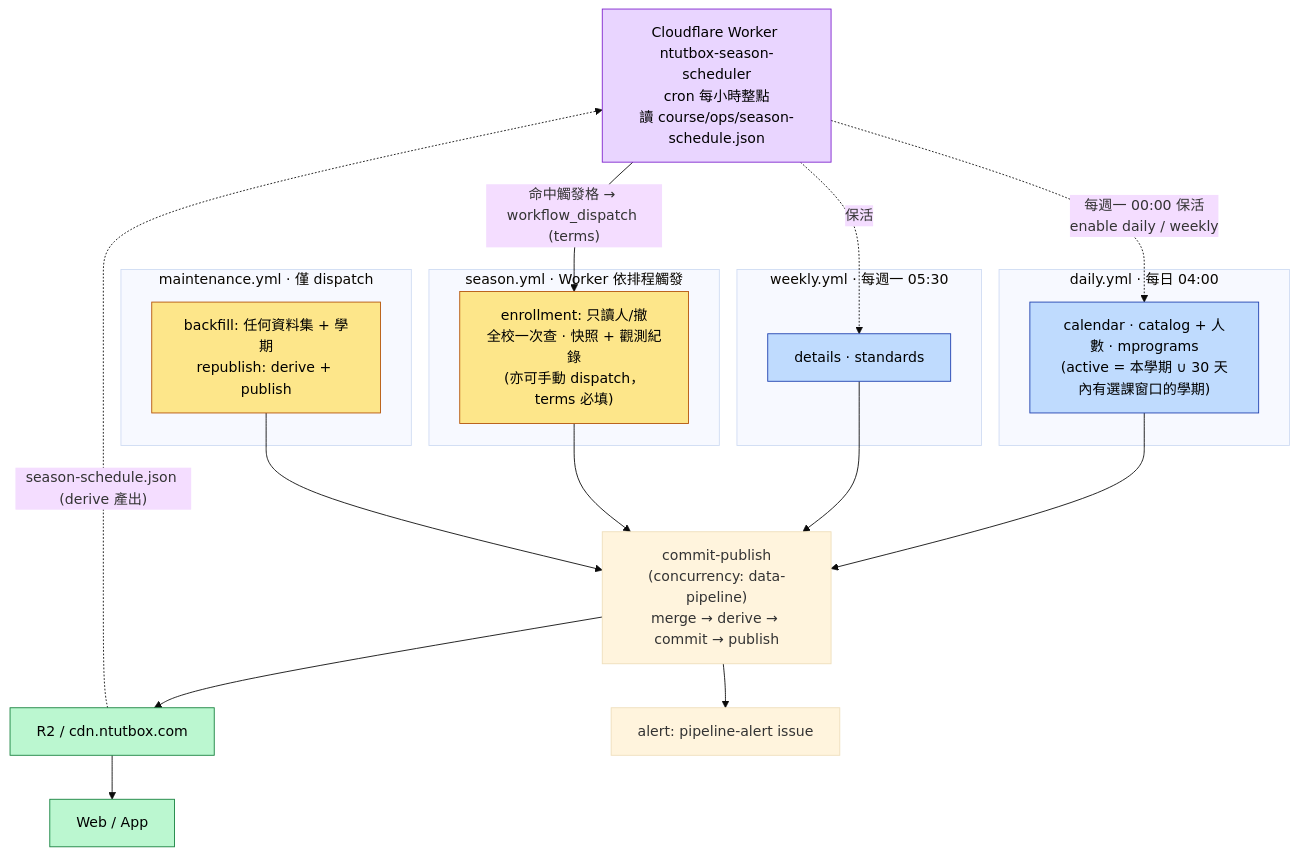
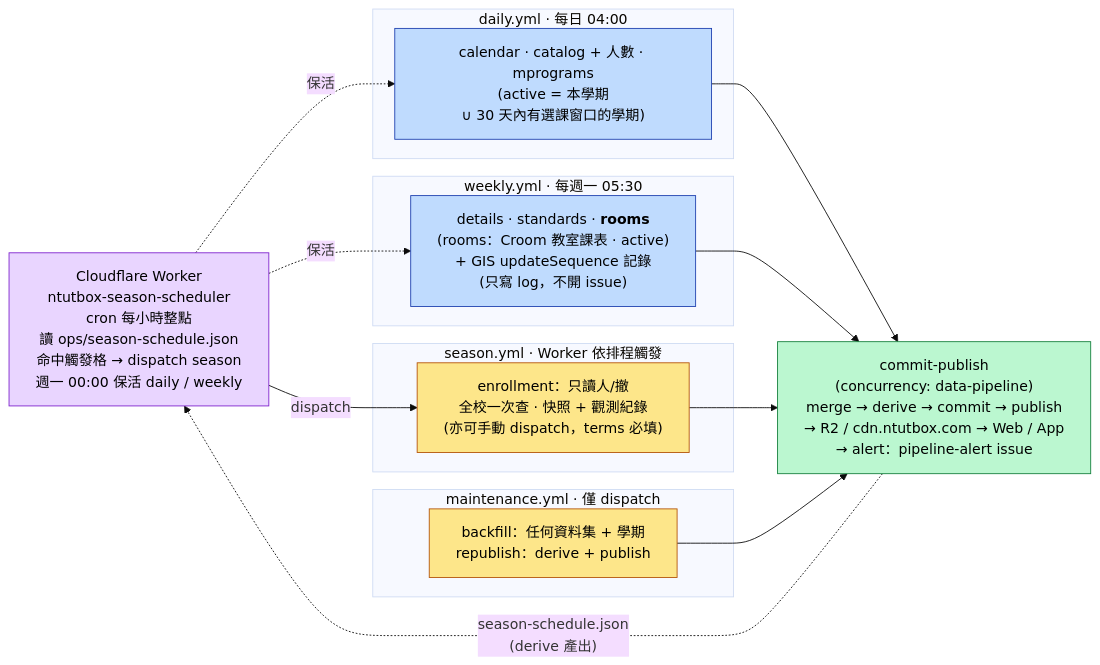
Before and after one commit to poterpan/ntutbox-course: the diagram in docs/diagrams/05-two-cadences.mmd, drawn with Mermaid (base theme). The commit also changed 26 other files, not shown here.

First line of the commit message:
docs: 架構圖補上 rooms／逐時段教室，並修正圖在 GitHub 上的顯示大小 (#122)

```diff
--- a/docs/diagrams/05-two-cadences.mmd
+++ b/docs/diagrams/05-two-cadences.mmd
@@ -1,37 +1,42 @@
-flowchart TB
-    worker["Cloudflare Worker ntutbox-season-scheduler<br/>cron 每小時整點<br/>讀 course/ops/season-schedule.json"]
+---
+config:
+  flowchart:
+    useMaxWidth: false
+    wrappingWidth: 300
+    nodeSpacing: 24
+    rankSpacing: 50
+---
+flowchart LR
+    worker["Cloudflare Worker<br/>ntutbox-season-scheduler<br/>cron 每小時整點<br/>讀 ops/season-schedule.json<br/>命中觸發格 → dispatch season<br/>週一 00:00 保活 daily / weekly"]
 
     subgraph DAILY["daily.yml · 每日 04:00"]
-        d1["calendar · catalog + 人數 · mprograms<br/>(active = 本學期 ∪ 30 天內有選課窗口的學期)"]
+        d1["calendar · catalog + 人數 · mprograms<br/>(active = 本學期<br/>∪ 30 天內有選課窗口的學期)"]
     end
     subgraph WEEKLY["weekly.yml · 每週一 05:30"]
-        w1["details · standards"]
+        w1["details · standards · <b>rooms</b><br/>(rooms：Croom 教室課表 · active)<br/>+ GIS updateSequence 記錄<br/>(只寫 log，不開 issue)"]
     end
     subgraph SEASON["season.yml · Worker 依排程觸發"]
-        s1["enrollment: 只讀人/撤<br/>全校一次查 · 快照 + 觀測紀錄<br/>(亦可手動 dispatch，terms 必填)"]
+        s1["enrollment：只讀人/撤<br/>全校一次查 · 快照 + 觀測紀錄<br/>(亦可手動 dispatch，terms 必填)"]
     end
     subgraph MAINT["maintenance.yml · 僅 dispatch"]
-        m1["backfill: 任何資料集 + 學期<br/>republish: derive + publish"]
+        m1["backfill：任何資料集 + 學期<br/>republish：derive + publish"]
     end
 
-    worker -->|"命中觸發格 → workflow_dispatch (terms)"| s1
-    worker -.->|"每週一 00:00 保活<br/>enable daily / weekly"| d1
+    worker -->|dispatch| s1
+    worker -.->|保活| d1
     worker -.->|保活| w1
 
-    d1 --> L["commit-publish<br/>(concurrency: data-pipeline)<br/>merge → derive → commit → publish"]
+    d1 --> L["commit-publish<br/>(concurrency: data-pipeline)<br/>merge → derive → commit → publish<br/>→ R2 / cdn.ntutbox.com → Web / App<br/>→ alert：pipeline-alert issue"]
     w1 --> L
     s1 --> L
     m1 --> L
-    L --> R2["R2 / cdn.ntutbox.com"]
-    L --> AL["alert: pipeline-alert issue"]
-    R2 --> web["Web / App"]
-    R2 -.->|"season-schedule.json (derive 產出)"| worker
+    L -.->|"season-schedule.json<br/>(derive 產出)"| worker
 
     classDef daily fill:#bfdbfe,stroke:#1e40af,color:#000
     classDef fast fill:#fde68a,stroke:#b45309,color:#000
     classDef out fill:#bbf7d0,stroke:#15803d,color:#000
     classDef trig fill:#e9d5ff,stroke:#7e22ce,color:#000
     class d1,w1 daily
     class s1,m1 fast
-    class R2,web out
+    class L out
     class worker trig
```
